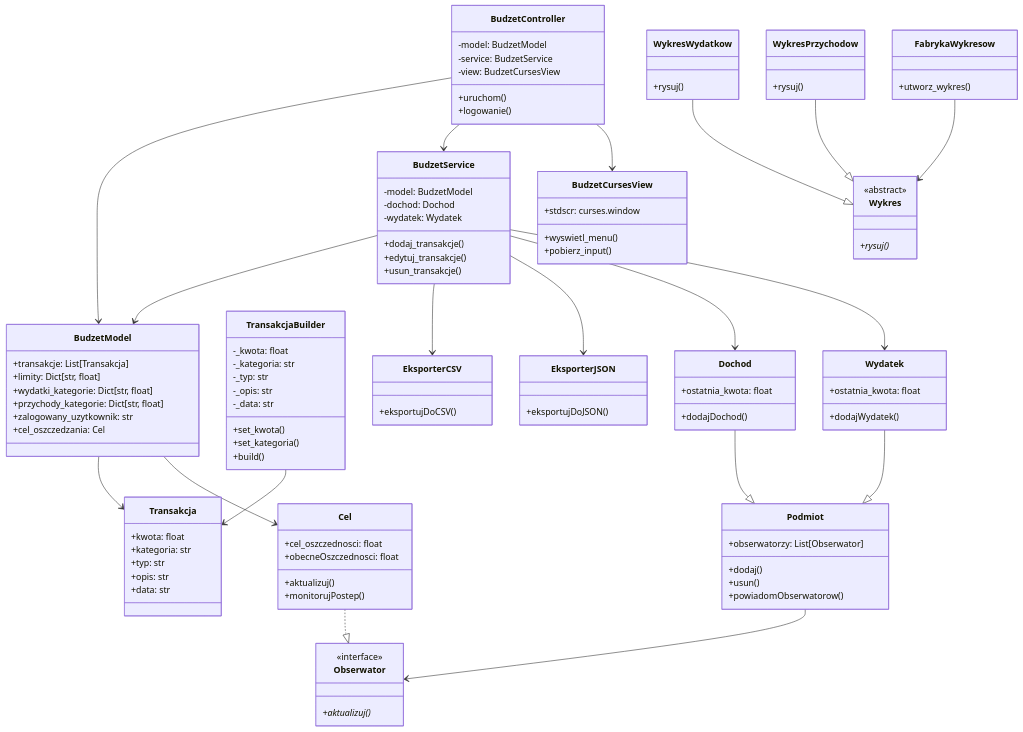
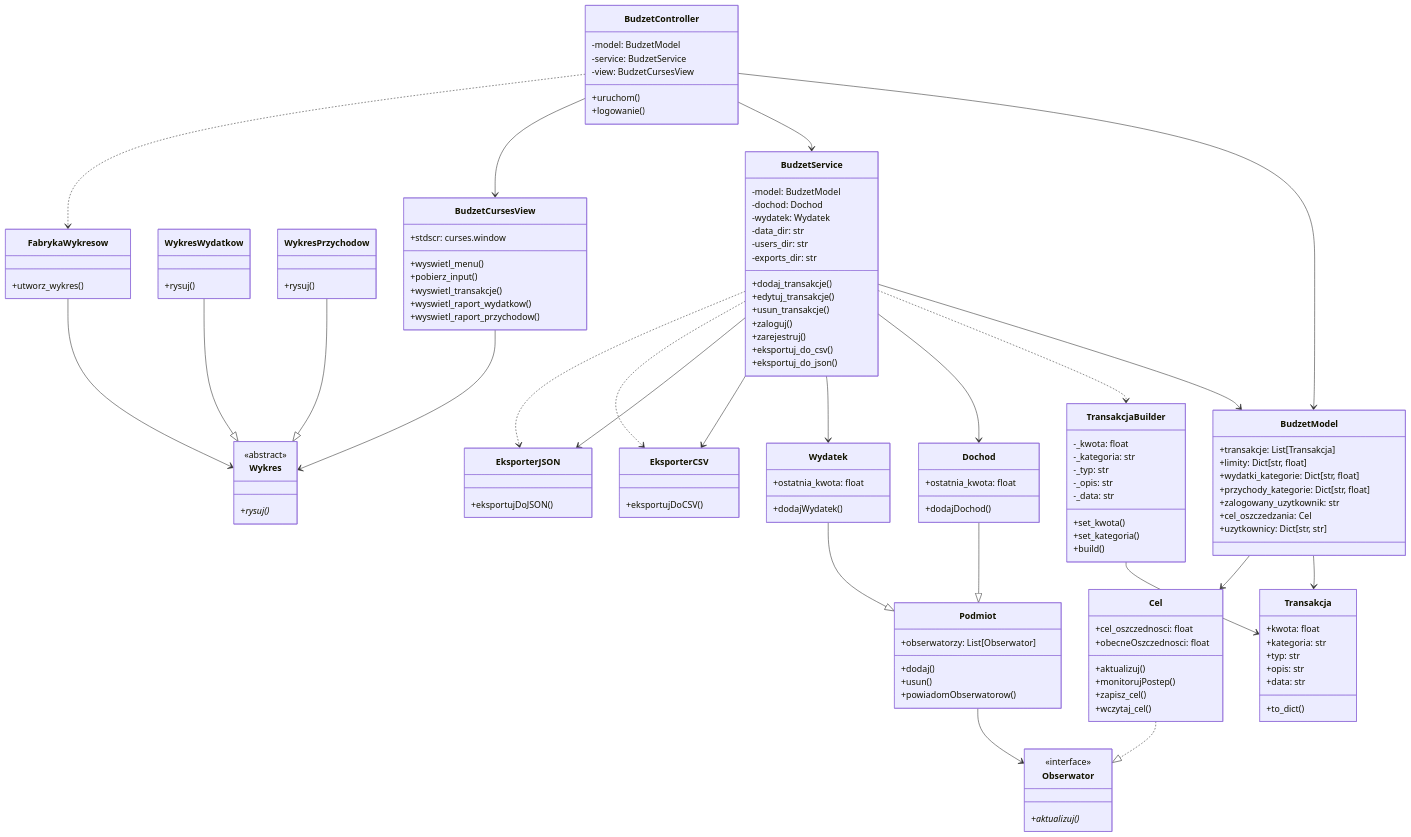
The diagram in README.md (Kotowskey/Budget-Manager), drawn with Mermaid before and after one commit.

````diff
--- a/README.md
+++ b/README.md
@@ -31,5 +31,6 @@
 ```mermaid
 classDiagram
+    %% MVC Pattern
     class BudzetController {
         -model: BudzetModel
         -service: BudzetService
@@ -45,31 +46,19 @@
         +przychody_kategorie: Dict[str, float]
         +zalogowany_uzytkownik: str
         +cel_oszczedzania: Cel
-    }
-
-    class BudzetService {
-        -model: BudzetModel
-        -dochod: Dochod
-        -wydatek: Wydatek
-        +dodaj_transakcje()
-        +edytuj_transakcje()
-        +usun_transakcje()
+        +uzytkownicy: Dict[str, str]
     }
 
     class BudzetCursesView {
         +stdscr: curses.window
         +wyswietl_menu()
         +pobierz_input()
+        +wyswietl_transakcje()
+        +wyswietl_raport_wydatkow()
+        +wyswietl_raport_przychodow()
     }
 
-    class Transakcja {
-        +kwota: float
-        +kategoria: str
-        +typ: str
-        +opis: str
-        +data: str
-    }
-
+    %% Builder Pattern
     class TransakcjaBuilder {
         -_kwota: float
         -_kategoria: str
@@ -81,6 +70,16 @@
         +build()
     }
 
+    class Transakcja {
+        +kwota: float
+        +kategoria: str
+        +typ: str
+        +opis: str
+        +data: str
+        +to_dict()
+    }
+
+    %% Observer Pattern
     class Podmiot {
         +obserwatorzy: List[Obserwator]
         +dodaj()
@@ -108,8 +107,11 @@
         +obecneOszczednosci: float
         +aktualizuj()
         +monitorujPostep()
+        +zapisz_cel()
+        +wczytaj_cel()
     }
 
+    %% Factory & Template Method Pattern
     class Wykres {
         <<abstract>>
         +rysuj()*
@@ -127,6 +129,7 @@
         +utworz_wykres()
     }
 
+    %% Adapter Pattern
     class EksporterCSV {
         +eksportujDoCSV()
     }
@@ -135,22 +138,56 @@
         +eksportujDoJSON()
     }
 
+    class BudzetService {
+        -model: BudzetModel
+        -dochod: Dochod
+        -wydatek: Wydatek
+        -data_dir: str
+        -users_dir: str
+        -exports_dir: str
+        +dodaj_transakcje()
+        +edytuj_transakcje()
+        +usun_transakcje()
+        +zaloguj()
+        +zarejestruj()
+        +eksportuj_do_csv()
+        +eksportuj_do_json()
+    }
+
+    %% MVC Pattern Relationships
     BudzetController --> BudzetModel
     BudzetController --> BudzetService
     BudzetController --> BudzetCursesView
     BudzetService --> BudzetModel
-    BudzetService --> EksporterCSV
-    BudzetService --> EksporterJSON
-    BudzetService --> Dochod
-    BudzetService --> Wydatek
+
+    %% Builder Pattern Relationship
     TransakcjaBuilder --> Transakcja
+    BudzetService ..> TransakcjaBuilder
+
+    %% Observer Pattern Relationships
     Dochod --|> Podmiot
     Wydatek --|> Podmiot
     Cel ..|> Obserwator
+    Podmiot --> Obserwator
+    BudzetService --> Dochod
+    BudzetService --> Wydatek
+
+    %% Factory & Template Method Relationships
     WykresWydatkow --|> Wykres
     WykresPrzychodow --|> Wykres
     FabrykaWykresow --> Wykres
+    BudzetController ..> FabrykaWykresow
+    BudzetCursesView --> Wykres
+
+    %% Adapter Pattern Relationships
+    BudzetService --> EksporterCSV
+    BudzetService --> EksporterJSON
+
+    %% Model Relationships
     BudzetModel --> Transakcja
     BudzetModel --> Cel
-    Podmiot --> Obserwator
+
+    %% Service Layer Access
+    BudzetService ..> EksporterCSV
+    BudzetService ..> EksporterJSON
 ```
````
